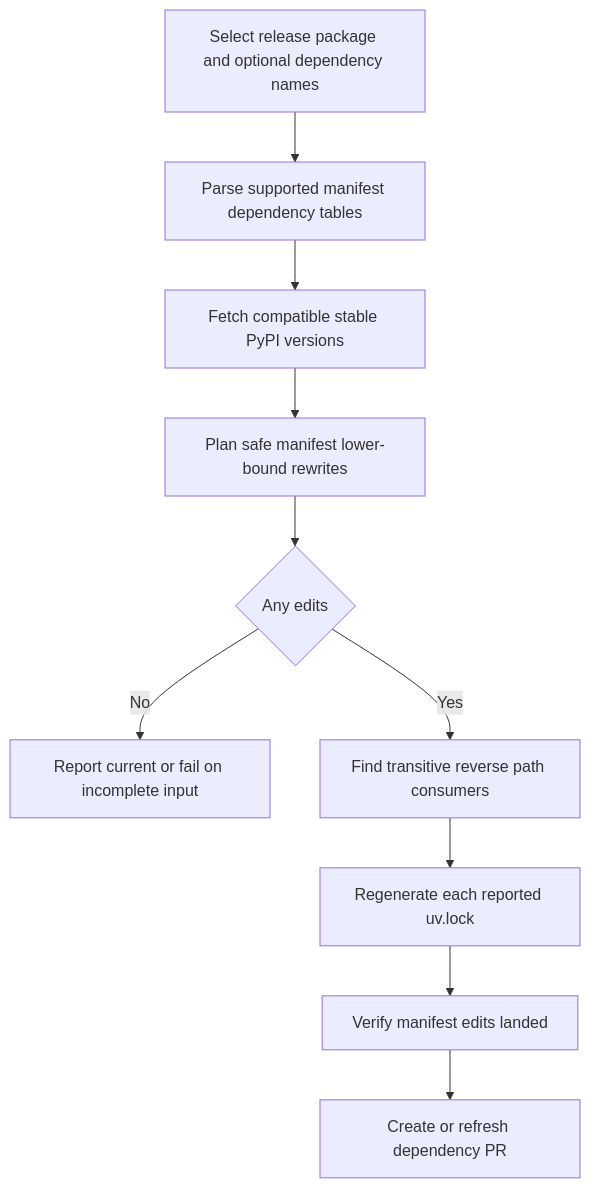
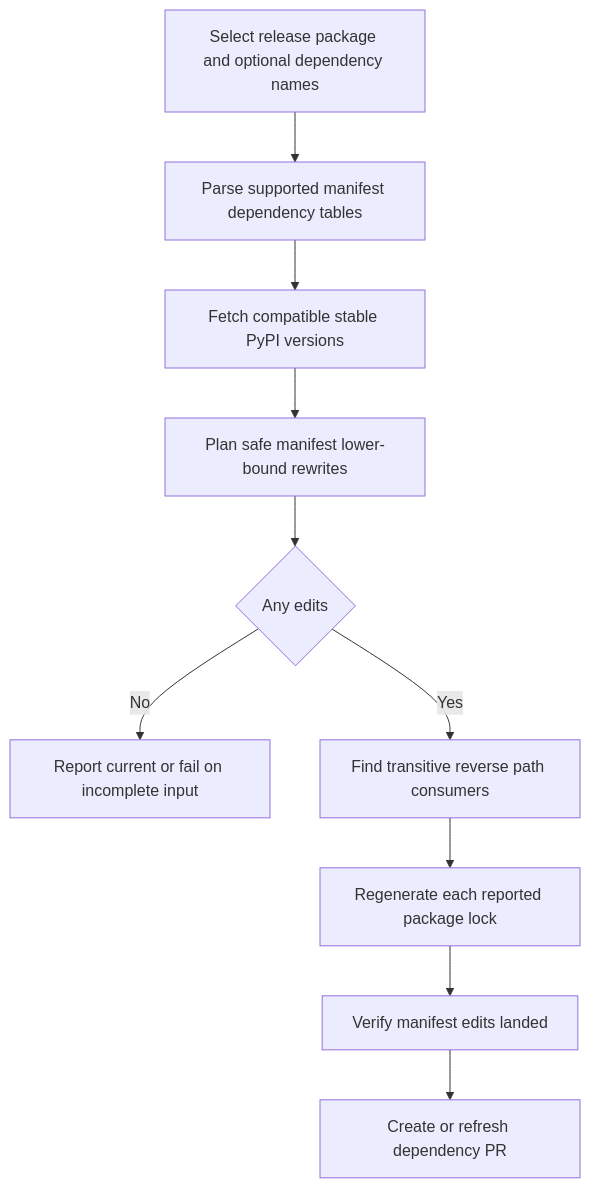
Before and after one commit to langchain-ai/deepagents: the second of 3 diagrams in openwiki/operations/development.md, drawn with Mermaid. The commit also changed other lines of this file and 34 other files, not shown here.

````diff
--- a/openwiki/operations/development.md
+++ b/openwiki/operations/development.md
@@ -135,12 +140,12 @@
 ```mermaid
 flowchart TD
     Select["Select release package and optional dependency names"] --> Scope["Parse supported manifest dependency tables"]
     Scope --> Fetch["Fetch compatible stable PyPI versions"]
     Fetch --> Plan["Plan safe manifest lower-bound rewrites"]
     Plan --> Changed{"Any edits"}
     Changed -->|"No"| Current["Report current or fail on incomplete input"]
     Changed -->|"Yes"| Closure["Find transitive reverse path consumers"]
-    Closure --> Lock["Regenerate each reported uv.lock"]
+    Closure --> Lock["Regenerate each reported package lock"]
     Lock --> Verify["Verify manifest edits landed"]
     Verify --> PR["Create or refresh dependency PR"]
 ```
````
